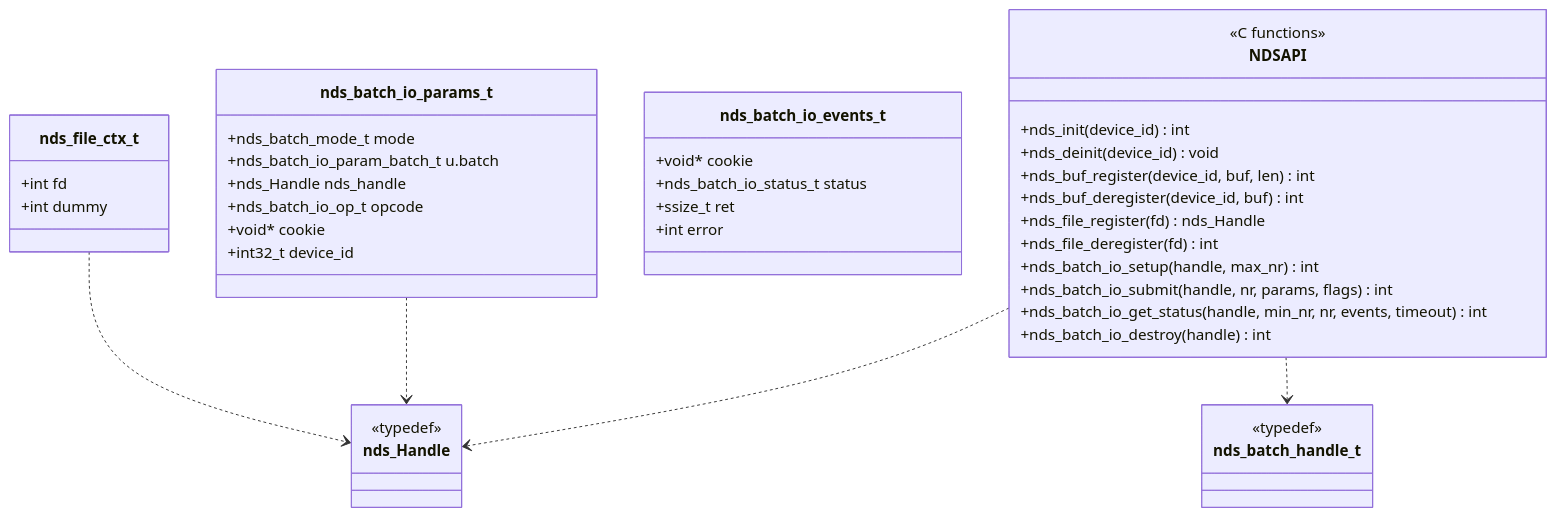
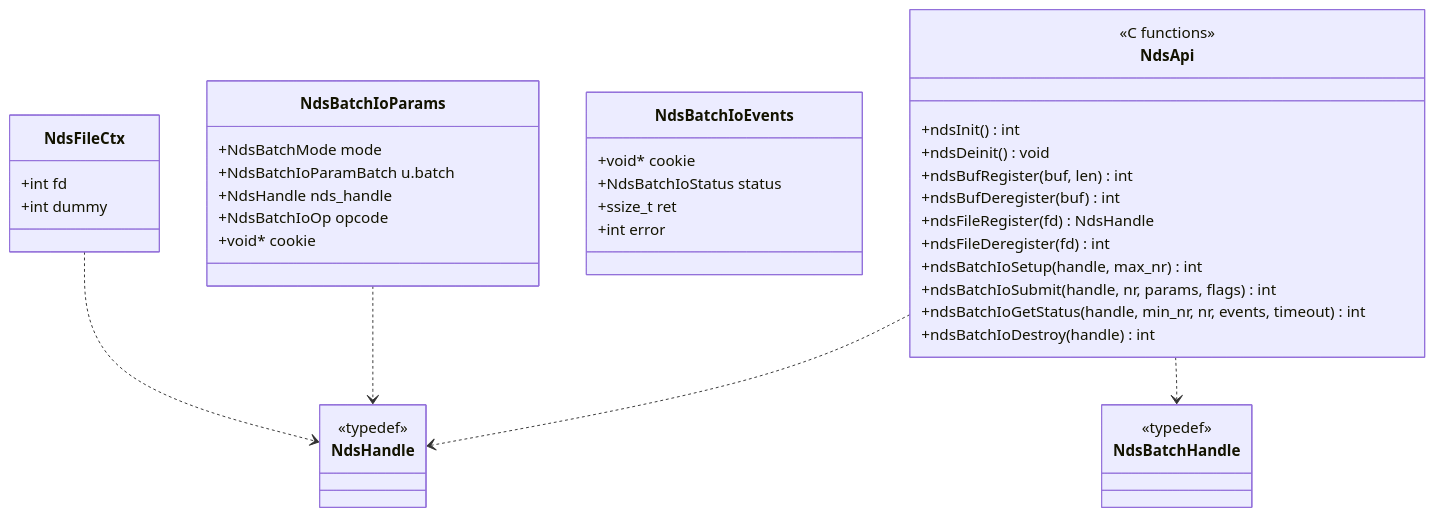
The sixth of 15 diagrams in docs/rfc-nds-nvmeof-transport-cn.md (yz53665/Mooncake), drawn with Mermaid before and after one commit. The commit also changed other lines of this file, not shown here.

````diff
--- a/docs/rfc-nds-nvmeof-transport-cn.md
+++ b/docs/rfc-nds-nvmeof-transport-cn.md
@@ -239,44 +237,43 @@
 ```mermaid
 classDiagram
-    class nds_file_ctx_t {
+    class NdsFileCtx {
         +int fd
         +int dummy
     }
-    class nds_Handle {
+    class NdsHandle {
         <<typedef>>
     }
-    class nds_batch_handle_t {
+    class NdsBatchHandle {
         <<typedef>>
     }
-    class nds_batch_io_params_t {
-        +nds_batch_mode_t mode
-        +nds_batch_io_param_batch_t u.batch
-        +nds_Handle nds_handle
-        +nds_batch_io_op_t opcode
+    class NdsBatchIoParams {
+        +NdsBatchMode mode
+        +NdsBatchIoParamBatch u.batch
+        +NdsHandle nds_handle
+        +NdsBatchIoOp opcode
         +void* cookie
-        +int32_t device_id
     }
-    class nds_batch_io_events_t {
+    class NdsBatchIoEvents {
         +void* cookie
-        +nds_batch_io_status_t status
+        +NdsBatchIoStatus status
         +ssize_t ret
         +int error
     }
-    class NDSAPI {
+    class NdsApi {
         <<C functions>>
-        +nds_init(device_id) int
-        +nds_deinit(device_id) void
-        +nds_buf_register(device_id, buf, len) int
-        +nds_buf_deregister(device_id, buf) int
-        +nds_file_register(fd) nds_Handle
-        +nds_file_deregister(fd) int
-        +nds_batch_io_setup(handle, max_nr) int
-        +nds_batch_io_submit(handle, nr, params, flags) int
-        +nds_batch_io_get_status(handle, min_nr, nr, events, timeout) int
-        +nds_batch_io_destroy(handle) int
+        +ndsInit() int
+        +ndsDeinit() void
+        +ndsBufRegister(buf, len) int
+        +ndsBufDeregister(buf) int
+        +ndsFileRegister(fd) NdsHandle
+        +ndsFileDeregister(fd) int
+        +ndsBatchIoSetup(handle, max_nr) int
+        +ndsBatchIoSubmit(handle, nr, params, flags) int
+        +ndsBatchIoGetStatus(handle, min_nr, nr, events, timeout) int
+        +ndsBatchIoDestroy(handle) int
     }
-    nds_file_ctx_t ..> nds_Handle
-    nds_batch_io_params_t ..> nds_Handle
-    NDSAPI ..> nds_Handle
-    NDSAPI ..> nds_batch_handle_t
+    NdsFileCtx ..> NdsHandle
+    NdsBatchIoParams ..> NdsHandle
+    NdsApi ..> NdsHandle
+    NdsApi ..> NdsBatchHandle
 ```
````
